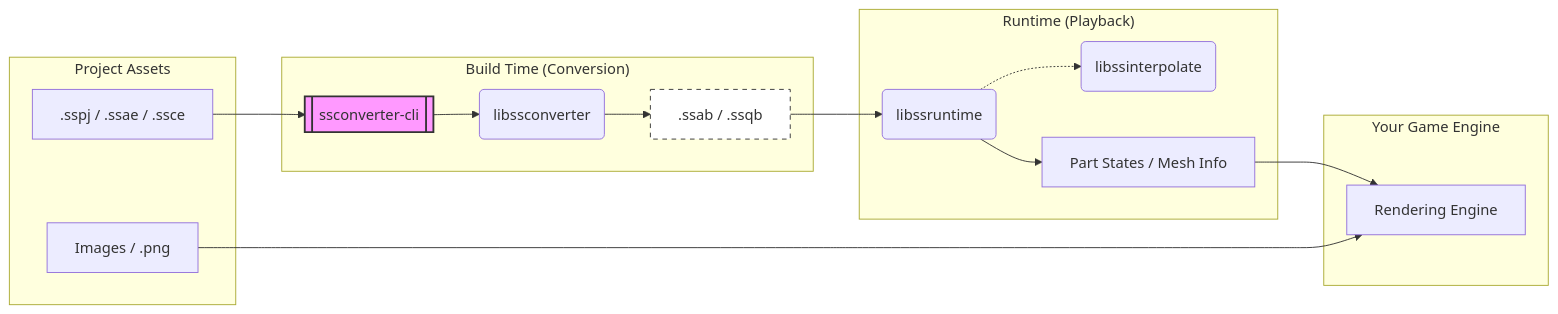
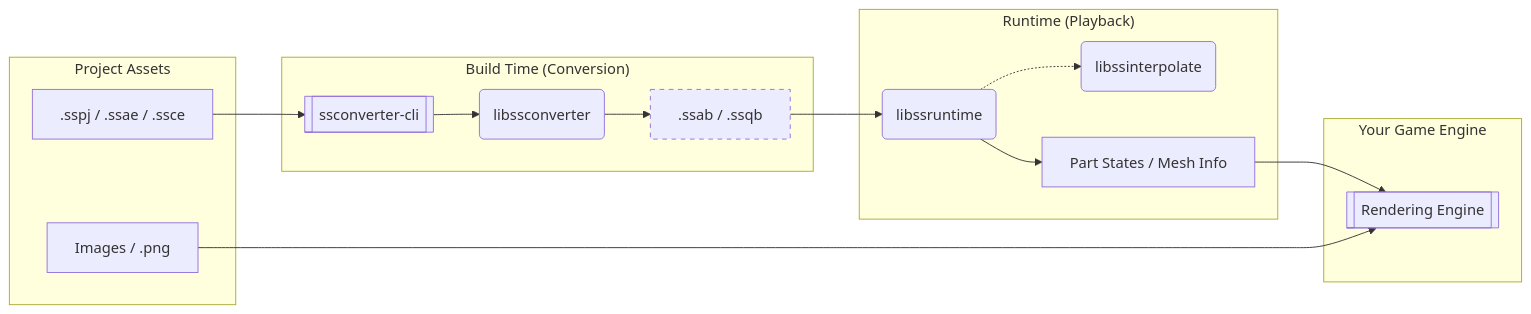
Before and after one commit to cri-middleware/SpriteStudio-SDK: the diagram in README.md, drawn with Mermaid. The commit also changed other lines of this file and 4 other files, not shown here.

````diff
--- a/README.md
+++ b/README.md
@@ -12,29 +17,29 @@
 ```mermaid
 graph LR
     subgraph Assets ["Project Assets"]
-        SS[".sspj / .ssae / .ssce"]
-        IMG["Images / .png"]
+        SS[" .sspj / .ssae / .ssce "]
+        IMG[" Images / .png "]
     end
 
     subgraph Conversion ["Build Time (Conversion)"]
-        CLI[["ssconverter-cli"]]
-        CONV("libssconverter")
+        CLI[[" ssconverter-cli "]]
+        CONV(" libssconverter ")
         SS --> CLI
         CLI --> CONV
-        CONV --> BIN[".ssab / .ssqb"]
+        CONV --> BIN[" .ssab / .ssqb "]
     end
 
     subgraph Runtime ["Runtime (Playback)"]
-        BIN --> RT("libssruntime")
-        RT -.-> INT("libssinterpolate")
-        RT --> STATE["Part States / Mesh Info"]
+        BIN --> RT(" libssruntime ")
+        RT -.-> INT(" libssinterpolate ")
+        RT --> STATE[" Part States / Mesh Info "]
     end
 
     subgraph Engine ["Your Game Engine"]
-        STATE --> REND["Rendering Engine"]
+        STATE --> REND[[" Rendering Engine "]]
         IMG --> REND
     end
 
-    style CLI fill:#f9f,stroke:#333,stroke-width:2px
-    style BIN fill:#fff,stroke:#333,stroke-dasharray: 5 5
+    classDef generated stroke-dasharray: 5 5;
+    class BIN generated;
 ```
````
